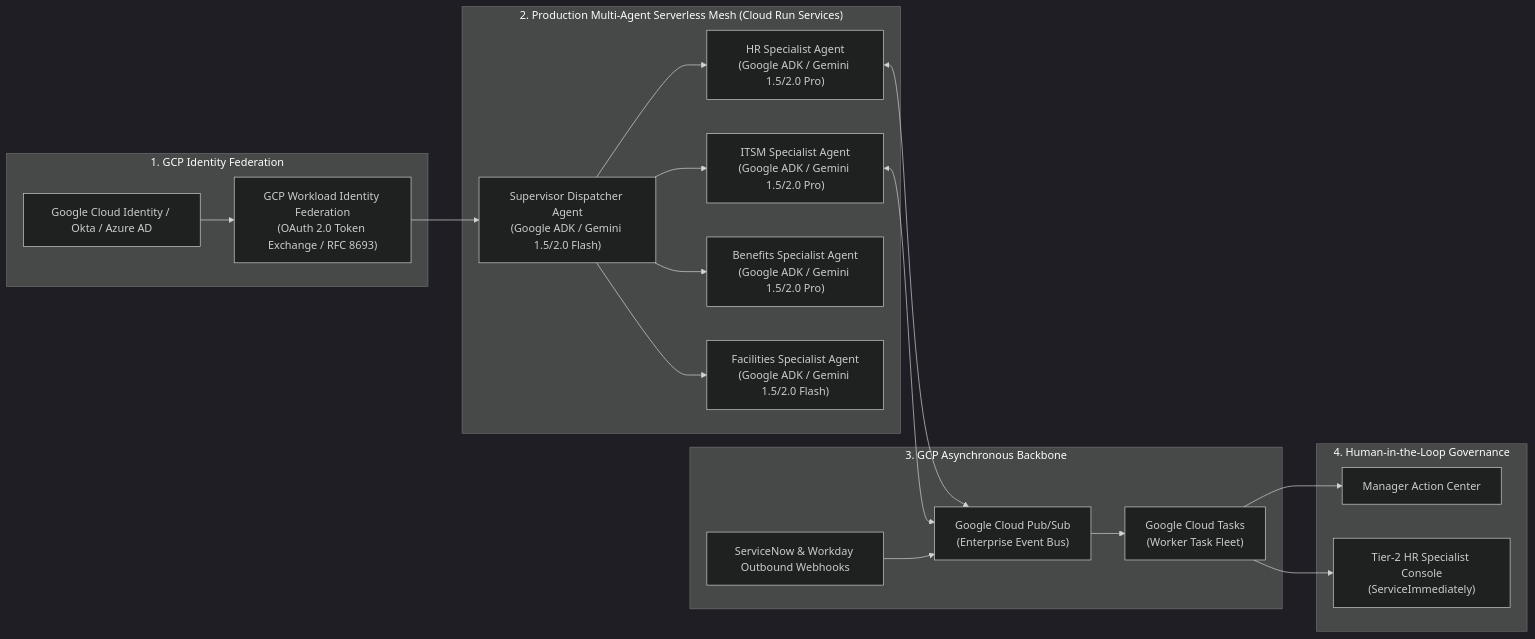
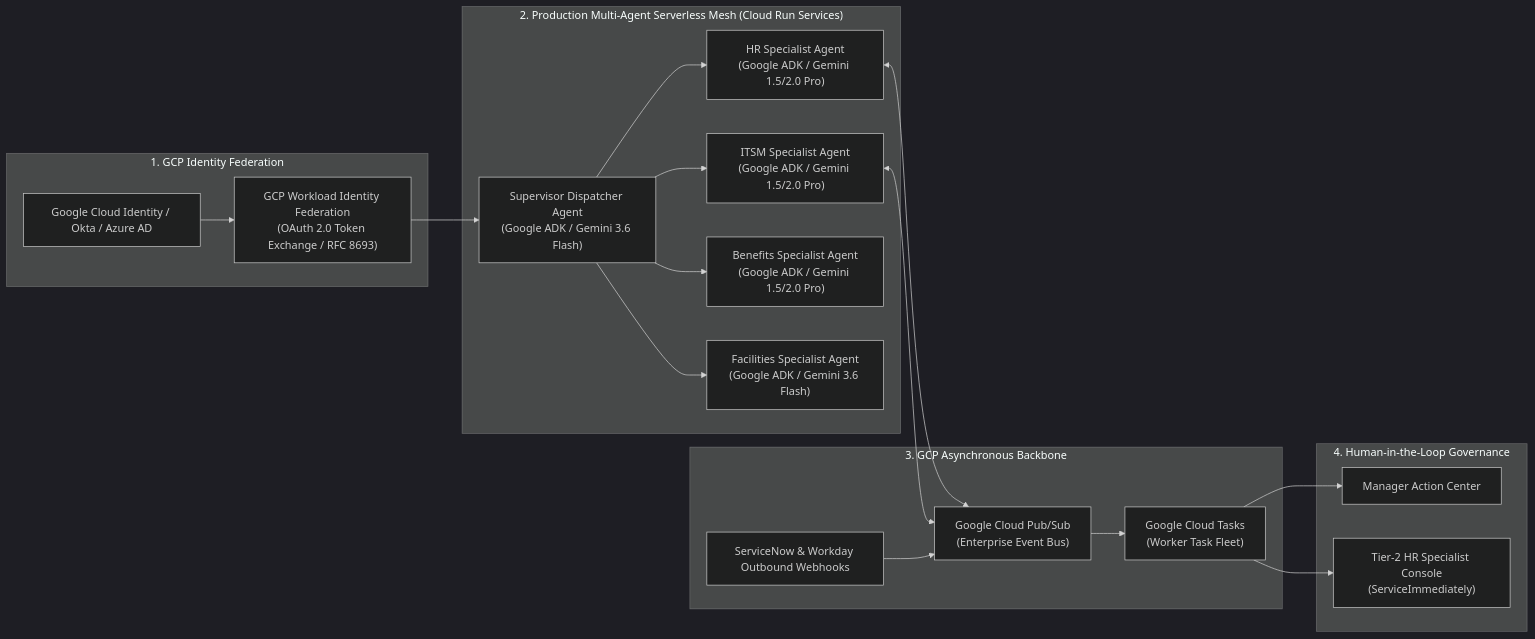
Before and after one commit to SushantJagdale/elevate-hr-agentic-solution: the second of 10 diagrams in Consolidated_SDD.md, drawn with Mermaid (dark theme). The commit also changed other lines of this file, not shown here.

````diff
--- a/Consolidated_SDD.md
+++ b/Consolidated_SDD.md
@@ -169,40 +169,40 @@
 ```mermaid
 flowchart LR
     subgraph EnterpriseIdentity ["1. GCP Identity Federation"]
         Identity["Google Cloud Identity / Okta / Azure AD"]
         WorkloadID["GCP Workload Identity Federation\n(OAuth 2.0 Token Exchange / RFC 8693)"]
     end
 
     subgraph MultiAgentMesh ["2. Production Multi-Agent Serverless Mesh (Cloud Run Services)"]
-        Supervisor["Supervisor Dispatcher Agent\n(Google ADK / Gemini 1.5/2.0 Flash)"]
+        Supervisor["Supervisor Dispatcher Agent\n(Google ADK / Gemini 3.6 Flash)"]
         HRAgent["HR Specialist Agent\n(Google ADK / Gemini 1.5/2.0 Pro)"]
         ITAgent["ITSM Specialist Agent\n(Google ADK / Gemini 1.5/2.0 Pro)"]
         BenefitsAgent["Benefits Specialist Agent\n(Google ADK / Gemini 1.5/2.0 Pro)"]
-        FacilitiesAgent["Facilities Specialist Agent\n(Google ADK / Gemini 1.5/2.0 Flash)"]
+        FacilitiesAgent["Facilities Specialist Agent\n(Google ADK / Gemini 3.6 Flash)"]
     end
 
     subgraph EventStream ["3. GCP Asynchronous Backbone"]
         PubSub["Google Cloud Pub/Sub\n(Enterprise Event Bus)"]
         Tasks["Google Cloud Tasks\n(Worker Task Fleet)"]
         Webhooks["ServiceNow & Workday Outbound Webhooks"]
     end
 
     subgraph HumanInTheLoop ["4. Human-in-the-Loop Governance"]
         ApprovalUI["Manager Action Center"]
         EscalationDesk["Tier-2 HR Specialist Console\n(ServiceImmediately)"]
     end
 
     Identity --> WorkloadID --> Supervisor
     Supervisor --> HRAgent
     Supervisor --> ITAgent
     Supervisor --> BenefitsAgent
     Supervisor --> FacilitiesAgent
 
     HRAgent <--> PubSub
     ITAgent <--> PubSub
     PubSub --> Tasks
     Webhooks --> PubSub
 
     Tasks --> ApprovalUI
     Tasks --> EscalationDesk
 ```
````
